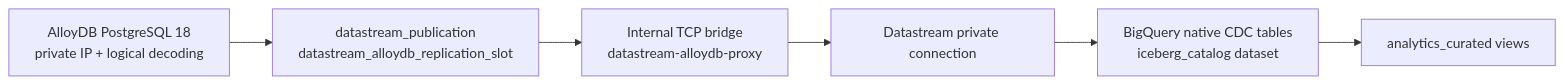
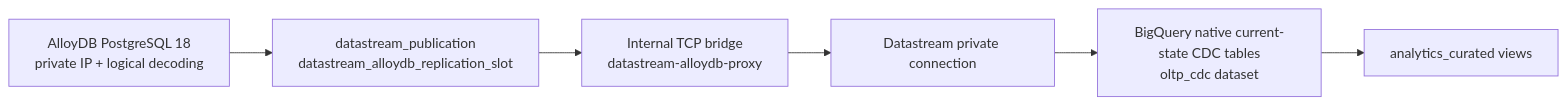
One commit to GoogleCloudPlatform/fsi-gecx-bundle changed the first of 2 diagrams in docs/architecture/data-platform/apache_iceberg_cdc_datalake_architecture.md. Above: the diagram before and after it, drawn with Mermaid. The commit also changed other lines of this file and 29 other files, not shown here.

Commit message:
refactor: rename native CDC dataset

````diff
--- a/docs/architecture/data-platform/apache_iceberg_cdc_datalake_architecture.md
+++ b/docs/architecture/data-platform/apache_iceberg_cdc_datalake_architecture.md
@@ -7,8 +7,8 @@
 ```mermaid
 flowchart LR
     AlloyDB["AlloyDB PostgreSQL 18<br/>private IP + logical decoding"] --> Publication["datastream_publication<br/>datastream_alloydb_replication_slot"]
     Publication --> Bridge["Internal TCP bridge<br/>datastream-alloydb-proxy"]
     Bridge --> Datastream["Datastream private connection"]
-    Datastream --> NativeBQ["BigQuery native CDC tables<br/>iceberg_catalog dataset"]
+    Datastream --> NativeBQ["BigQuery native current-state CDC tables<br/>oltp_cdc dataset"]
     NativeBQ --> Curated["analytics_curated views"]
 ```
````
